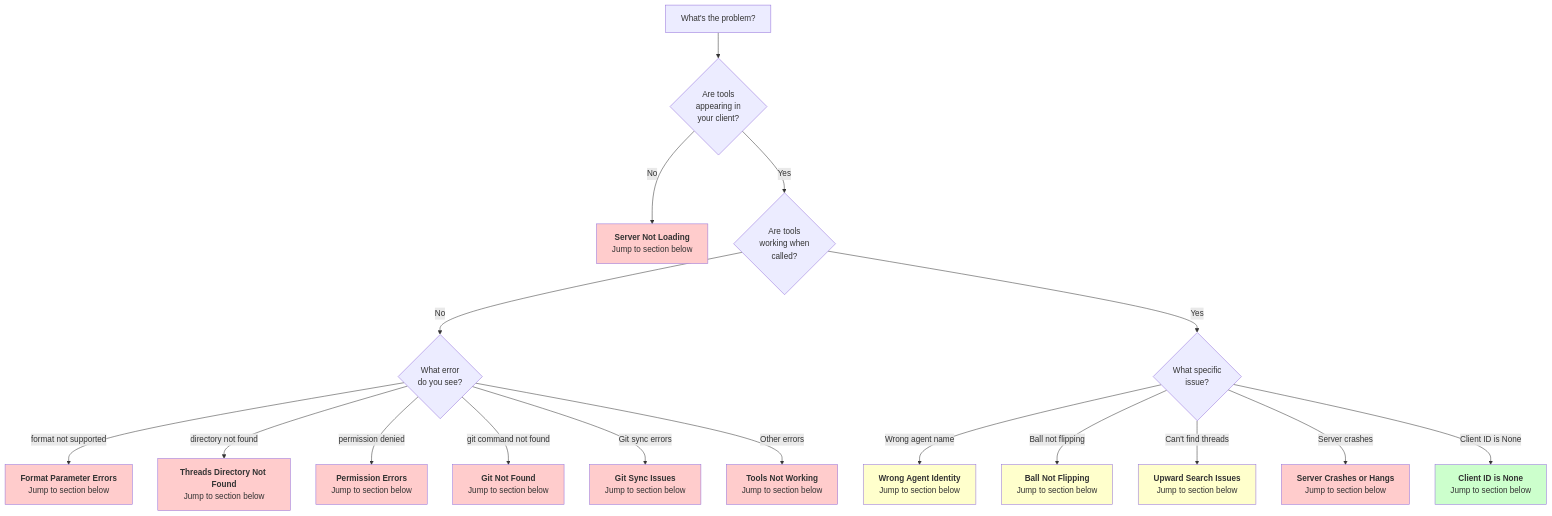
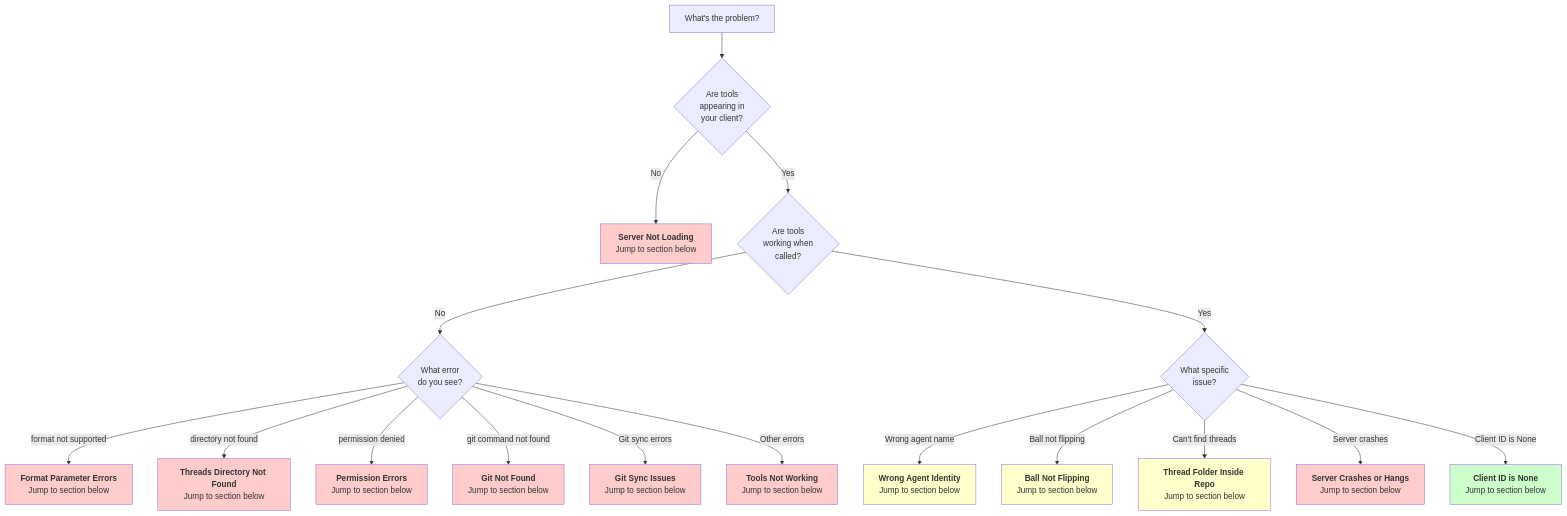
The diagram in docs/TROUBLESHOOTING.md (mostlyharmless-ai/watercooler-cloud), drawn with Mermaid before and after one commit. The commit also changed other lines of this file and 25 other files, not shown here.

````diff
--- a/docs/TROUBLESHOOTING.md
+++ b/docs/TROUBLESHOOTING.md
@@ -30,36 +34,36 @@
 ```mermaid
 graph TD
     Start[What's the problem?] --> Q1{Are tools<br/>appearing in<br/>your client?}
 
     Q1 -->|No| ServerNotLoading[<b>Server Not Loading</b><br/>Jump to section below]
     Q1 -->|Yes| Q2{Are tools<br/>working when<br/>called?}
 
     Q2 -->|No| Q3{What error<br/>do you see?}
     Q2 -->|Yes| Q4{What specific<br/>issue?}
 
     Q3 -->|"format not supported"| FormatError[<b>Format Parameter Errors</b><br/>Jump to section below]
     Q3 -->|"directory not found"| DirNotFound[<b>Threads Directory Not Found</b><br/>Jump to section below]
     Q3 -->|"permission denied"| PermError[<b>Permission Errors</b><br/>Jump to section below]
     Q3 -->|"git command not found"| GitNotFound[<b>Git Not Found</b><br/>Jump to section below]
     Q3 -->|Git sync errors| GitSync[<b>Git Sync Issues</b><br/>Jump to section below]
     Q3 -->|Other errors| ToolError[<b>Tools Not Working</b><br/>Jump to section below]
 
     Q4 -->|Wrong agent name| WrongAgent[<b>Wrong Agent Identity</b><br/>Jump to section below]
     Q4 -->|Ball not flipping| BallNotFlip[<b>Ball Not Flipping</b><br/>Jump to section below]
-    Q4 -->|Can't find threads| UpwardSearch[<b>Upward Search Issues</b><br/>Jump to section below]
+    Q4 -->|Can't find threads| StrayPaths[<b>Thread Folder Inside Repo</b><br/>Jump to section below]
     Q4 -->|Server crashes| Crashes[<b>Server Crashes or Hangs</b><br/>Jump to section below]
     Q4 -->|"Client ID is None"| ClientIDNone[<b>Client ID is None</b><br/>Jump to section below]
 
     style ServerNotLoading fill:#ffcccc
     style FormatError fill:#ffcccc
     style DirNotFound fill:#ffcccc
     style PermError fill:#ffcccc
     style GitNotFound fill:#ffcccc
     style GitSync fill:#ffcccc
     style ToolError fill:#ffcccc
     style WrongAgent fill:#ffffcc
     style BallNotFlip fill:#ffffcc
-    style UpwardSearch fill:#ffffcc
+    style StrayPaths fill:#ffffcc
     style Crashes fill:#ffcccc
     style ClientIDNone fill:#ccffcc
 ```
````
